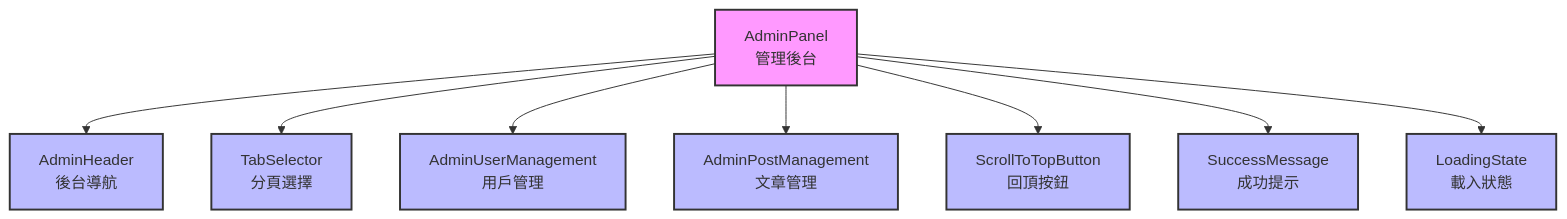
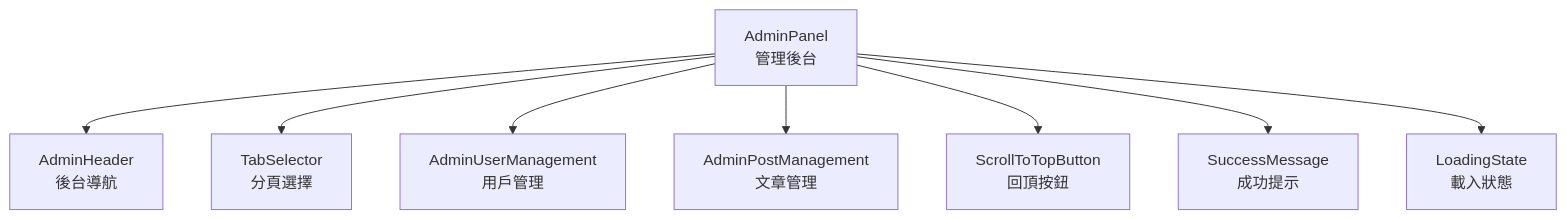
The seventh of 9 diagrams in README.md (roy4222/SoulNet), drawn with Mermaid before and after one commit. The commit also changed other lines of this file, not shown here.

Commit message:
Refactor README component diagrams by removing unnecessary class definitions to improve readability and streamline the presentation of component relationships.

````diff
--- a/README.md
+++ b/README.md
@@ -249,25 +218,19 @@
 ```mermaid
 graph TD
     AP[AdminPanel<br/>管理後台]
     AH[AdminHeader<br/>後台導航]
     TS[TabSelector<br/>分頁選擇]
     AU[AdminUserManagement<br/>用戶管理]
     APM[AdminPostManagement<br/>文章管理]
     STB[ScrollToTopButton<br/>回頂按鈕]
     SM[SuccessMessage<br/>成功提示]
     LS[LoadingState<br/>載入狀態]
     
     AP --> AH
     AP --> TS
     AP --> AU
     AP --> APM
     AP --> STB
     AP --> SM
     AP --> LS
-    
-    classDef main fill:#f9f,stroke:#333,stroke-width:2px
-    classDef sub fill:#bbf,stroke:#333,stroke-width:2px
-    
-    class AP main
-    class AH,TS,AU,APM,STB,SM,LS sub
 ```
````
